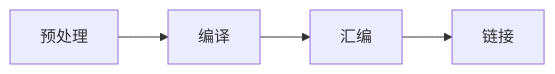
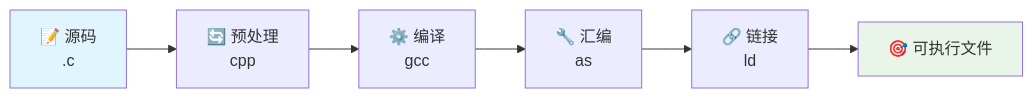
One commit to hulu798/C-Notes changed the second of 2 diagrams in README.md. Above: the diagram before and after it, drawn with Mermaid. The commit also changed other lines of this file, not shown here.

````diff
--- a/README.md
+++ b/README.md
@@ -284,6 +212,11 @@
 ```mermaid
 graph LR
-    A[预处理] --> B[编译]
-    B --> C[汇编]
-    C --> D[链接]
+    A[📝 源码<br/>.c] --> B[🔄 预处理<br/>cpp]
+    B --> C[⚙️ 编译<br/>gcc]
+    C --> D[🔧 汇编<br/>as]
+    D --> E[🔗 链接<br/>ld]
+    E --> F[🎯 可执行文件]
+    
+    style A fill:#e1f5fe
+    style F fill:#e8f5e8
 ```
````
